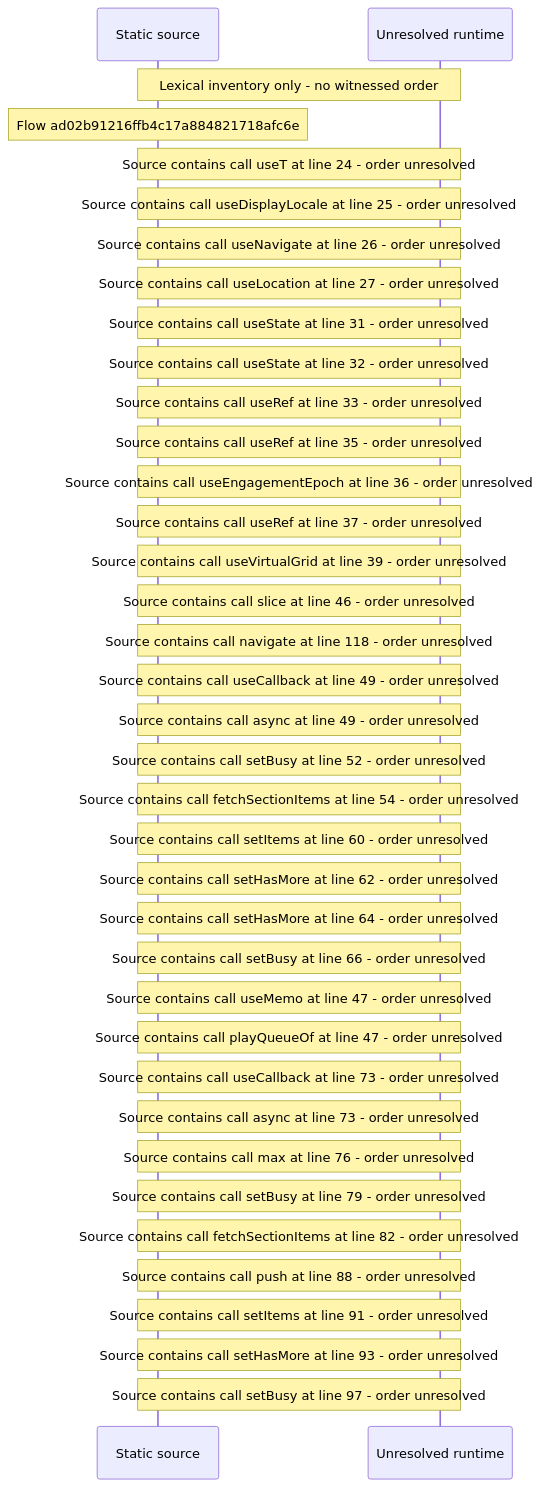
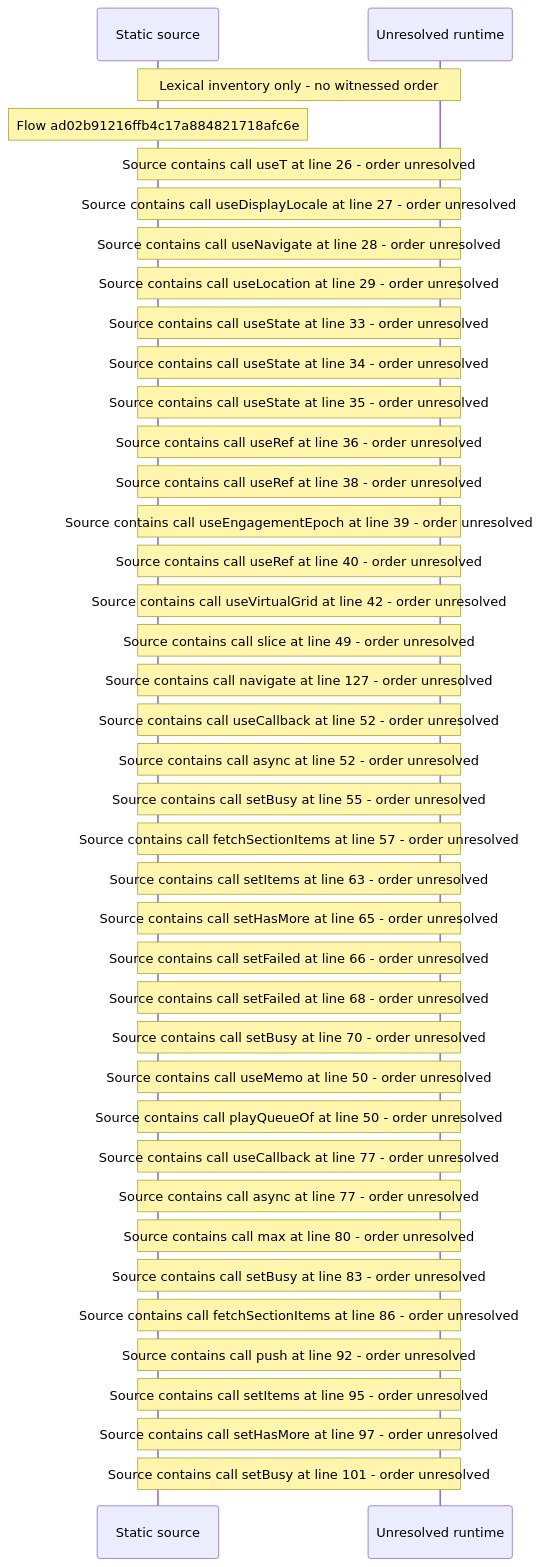
One commit to beamfall/core changed the diagram in docs/web/flows/generated/ad02b91216ffb4c17a884821718afc6e/flow-diagram.md. Above: the diagram before and after it, drawn with Mermaid. The commit also changed other lines of this file and 715 other files, not shown here.

First line of the commit message:
Regenerate the web flow record on main after CORE-1117

````diff
--- a/docs/web/flows/generated/ad02b91216ffb4c17a884821718afc6e/flow-diagram.md
+++ b/docs/web/flows/generated/ad02b91216ffb4c17a884821718afc6e/flow-diagram.md
@@ -10,39 +10,41 @@
 ```mermaid
 sequenceDiagram
     participant S as Static source
     participant U as Unresolved runtime
     Note over S,U: Lexical inventory only - no witnessed order
     Note over S: Flow ad02b91216ffb4c17a884821718afc6e
-    Note over S,U: Source contains call useT at line 24 - order unresolved
-    Note over S,U: Source contains call useDisplayLocale at line 25 - order unresolved
-    Note over S,U: Source contains call useNavigate at line 26 - order unresolved
-    Note over S,U: Source contains call useLocation at line 27 - order unresolved
-    Note over S,U: Source contains call useState at line 31 - order unresolved
-    Note over S,U: Source contains call useState at line 32 - order unresolved
-    Note over S,U: Source contains call useRef at line 33 - order unresolved
-    Note over S,U: Source contains call useRef at line 35 - order unresolved
-    Note over S,U: Source contains call useEngagementEpoch at line 36 - order unresolved
-    Note over S,U: Source contains call useRef at line 37 - order unresolved
-    Note over S,U: Source contains call useVirtualGrid at line 39 - order unresolved
-    Note over S,U: Source contains call slice at line 46 - order unresolved
-    Note over S,U: Source contains call navigate at line 118 - order unresolved
-    Note over S,U: Source contains call useCallback at line 49 - order unresolved
-    Note over S,U: Source contains call async at line 49 - order unresolved
-    Note over S,U: Source contains call setBusy at line 52 - order unresolved
-    Note over S,U: Source contains call fetchSectionItems at line 54 - order unresolved
-    Note over S,U: Source contains call setItems at line 60 - order unresolved
-    Note over S,U: Source contains call setHasMore at line 62 - order unresolved
-    Note over S,U: Source contains call setHasMore at line 64 - order unresolved
-    Note over S,U: Source contains call setBusy at line 66 - order unresolved
-    Note over S,U: Source contains call useMemo at line 47 - order unresolved
-    Note over S,U: Source contains call playQueueOf at line 47 - order unresolved
-    Note over S,U: Source contains call useCallback at line 73 - order unresolved
-    Note over S,U: Source contains call async at line 73 - order unresolved
-    Note over S,U: Source contains call max at line 76 - order unresolved
-    Note over S,U: Source contains call setBusy at line 79 - order unresolved
-    Note over S,U: Source contains call fetchSectionItems at line 82 - order unresolved
-    Note over S,U: Source contains call push at line 88 - order unresolved
-    Note over S,U: Source contains call setItems at line 91 - order unresolved
-    Note over S,U: Source contains call setHasMore at line 93 - order unresolved
-    Note over S,U: Source contains call setBusy at line 97 - order unresolved
+    Note over S,U: Source contains call useT at line 26 - order unresolved
+    Note over S,U: Source contains call useDisplayLocale at line 27 - order unresolved
+    Note over S,U: Source contains call useNavigate at line 28 - order unresolved
+    Note over S,U: Source contains call useLocation at line 29 - order unresolved
+    Note over S,U: Source contains call useState at line 33 - order unresolved
+    Note over S,U: Source contains call useState at line 34 - order unresolved
+    Note over S,U: Source contains call useState at line 35 - order unresolved
+    Note over S,U: Source contains call useRef at line 36 - order unresolved
+    Note over S,U: Source contains call useRef at line 38 - order unresolved
+    Note over S,U: Source contains call useEngagementEpoch at line 39 - order unresolved
+    Note over S,U: Source contains call useRef at line 40 - order unresolved
+    Note over S,U: Source contains call useVirtualGrid at line 42 - order unresolved
+    Note over S,U: Source contains call slice at line 49 - order unresolved
+    Note over S,U: Source contains call navigate at line 127 - order unresolved
+    Note over S,U: Source contains call useCallback at line 52 - order unresolved
+    Note over S,U: Source contains call async at line 52 - order unresolved
+    Note over S,U: Source contains call setBusy at line 55 - order unresolved
+    Note over S,U: Source contains call fetchSectionItems at line 57 - order unresolved
+    Note over S,U: Source contains call setItems at line 63 - order unresolved
+    Note over S,U: Source contains call setHasMore at line 65 - order unresolved
+    Note over S,U: Source contains call setFailed at line 66 - order unresolved
+    Note over S,U: Source contains call setFailed at line 68 - order unresolved
+    Note over S,U: Source contains call setBusy at line 70 - order unresolved
+    Note over S,U: Source contains call useMemo at line 50 - order unresolved
+    Note over S,U: Source contains call playQueueOf at line 50 - order unresolved
+    Note over S,U: Source contains call useCallback at line 77 - order unresolved
+    Note over S,U: Source contains call async at line 77 - order unresolved
+    Note over S,U: Source contains call max at line 80 - order unresolved
+    Note over S,U: Source contains call setBusy at line 83 - order unresolved
+    Note over S,U: Source contains call fetchSectionItems at line 86 - order unresolved
+    Note over S,U: Source contains call push at line 92 - order unresolved
+    Note over S,U: Source contains call setItems at line 95 - order unresolved
+    Note over S,U: Source contains call setHasMore at line 97 - order unresolved
+    Note over S,U: Source contains call setBusy at line 101 - order unresolved
 ```
````
